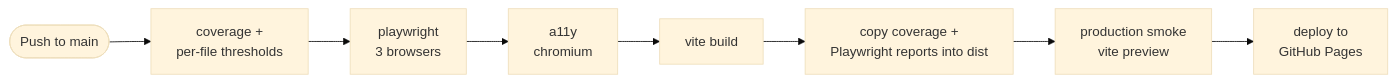
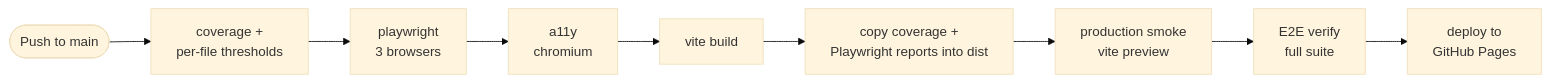
Before and after one commit to rio-ap/web-playground: the second of 2 diagrams in README.md, drawn with Mermaid (base theme). The commit also changed other lines of this file and 8 other files, not shown here.

````diff
--- a/README.md
+++ b/README.md
@@ -107,4 +109,4 @@
 ```mermaid
 flowchart LR
-  M([Push to main]) --> C["coverage +<br/>per-file thresholds"] --> E["playwright<br/>3 browsers"] --> A["a11y<br/>chromium"] --> B["vite build"] --> R["copy coverage +<br/>Playwright reports into dist"] --> S["production smoke<br/>vite preview"] --> D["deploy to<br/>GitHub Pages"]
+  M([Push to main]) --> C["coverage +<br/>per-file thresholds"] --> E["playwright<br/>3 browsers"] --> A["a11y<br/>chromium"] --> B["vite build"] --> R["copy coverage +<br/>Playwright reports into dist"] --> S["production smoke<br/>vite preview"] --> V["E2E verify<br/>full suite"] --> D["deploy to<br/>GitHub Pages"]
 ```
````
